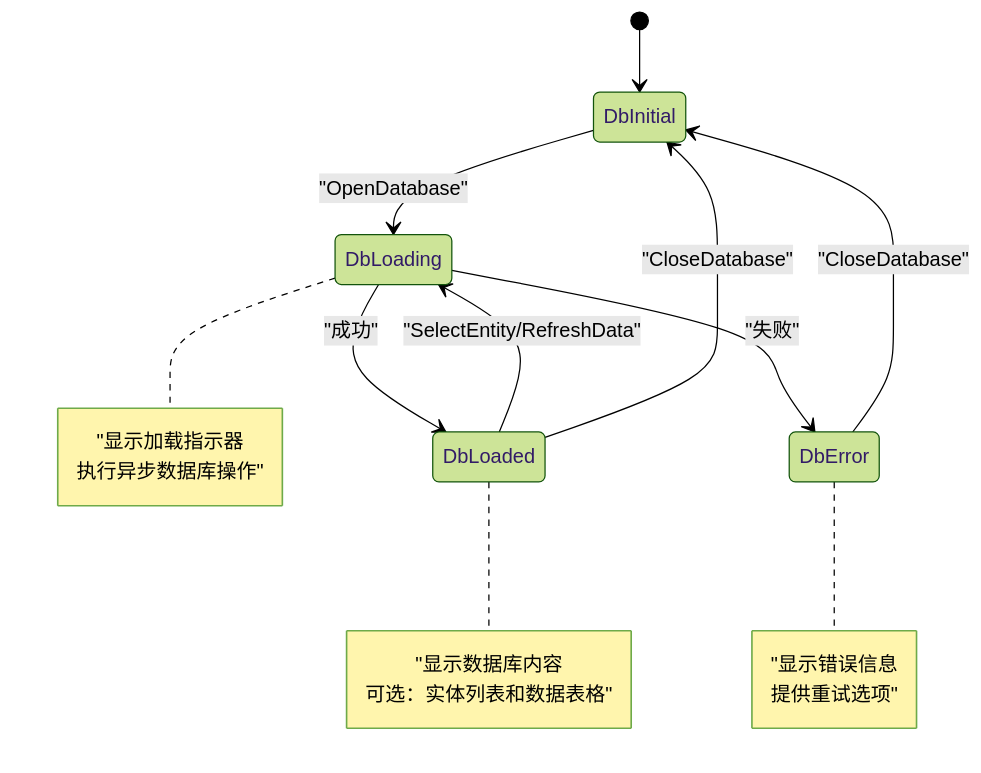
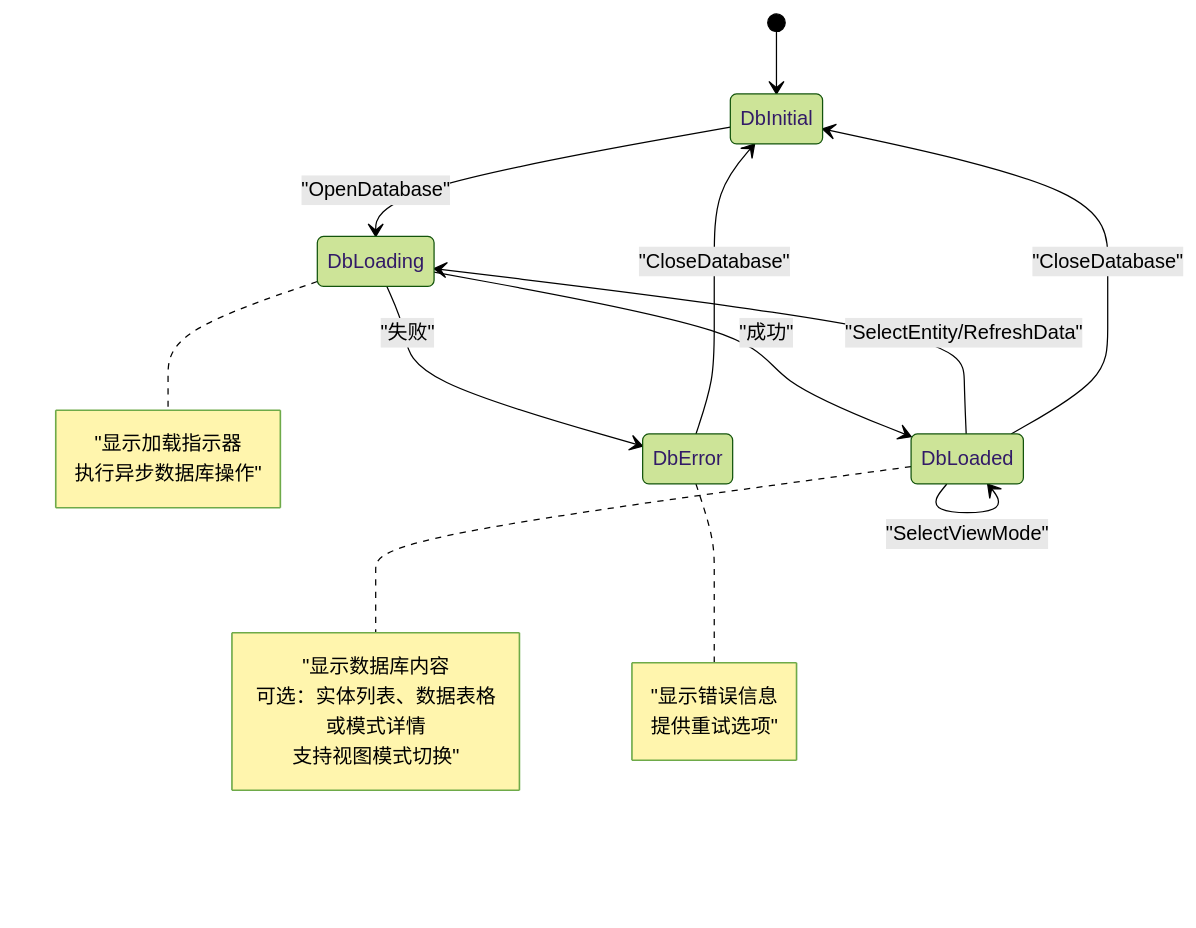
Before and after one commit to kongpf8848/objectbox_viewer: the third of 15 diagrams in .qoder/repowiki/zh/content/架构设计/状态管理设计.md, drawn with Mermaid (forest theme). The commit also changed other lines of this file and 9 other files, not shown here.

````diff
--- a/.qoder/repowiki/zh/content/架构设计/状态管理设计.md
+++ b/.qoder/repowiki/zh/content/架构设计/状态管理设计.md
@@ -105,13 +134,14 @@
 ```mermaid
 stateDiagram-v2
 [*] --> DbInitial
 DbInitial --> DbLoading : "OpenDatabase"
 DbLoading --> DbLoaded : "成功"
 DbLoading --> DbError : "失败"
 DbLoaded --> DbLoading : "SelectEntity/RefreshData"
 DbLoaded --> DbInitial : "CloseDatabase"
+DbLoaded --> DbLoaded : "SelectViewMode"
 DbError --> DbInitial : "CloseDatabase"
 note right of DbLoading : "显示加载指示器<br/>执行异步数据库操作"
-note right of DbLoaded : "显示数据库内容<br/>可选：实体列表和数据表格"
+note right of DbLoaded : "显示数据库内容<br/>可选：实体列表、数据表格或模式详情<br/>支持视图模式切换"
 note right of DbError : "显示错误信息<br/>提供重试选项"
 ```
````
